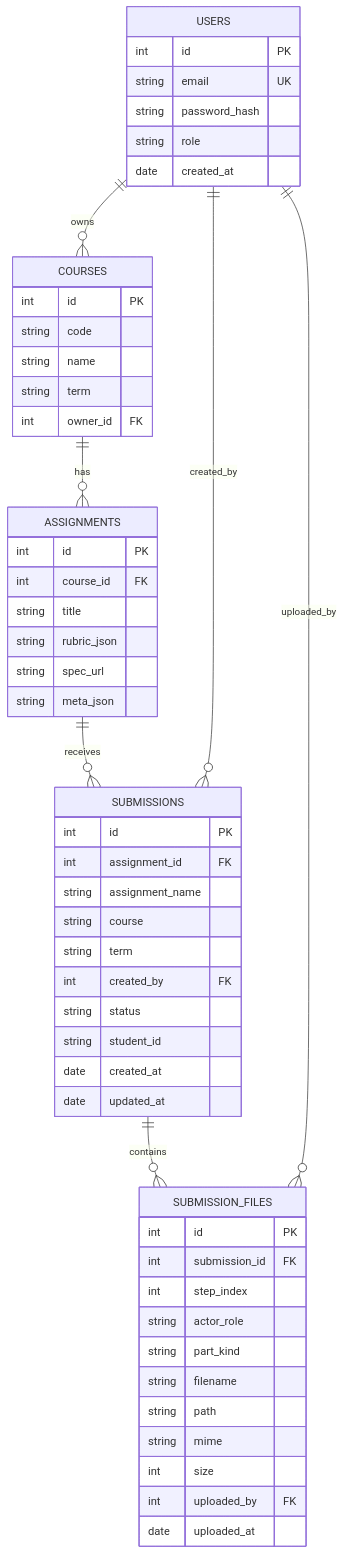
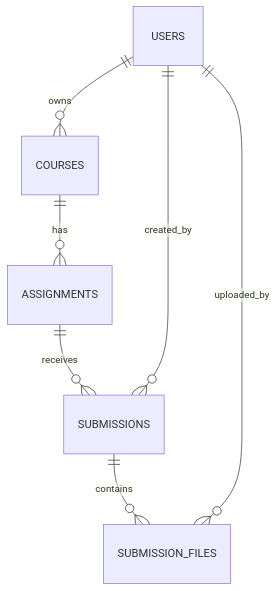
Before and after one commit to unsw-cse-comp99-3900/capstone-project-25t3-9900-h18f-cake: the diagram in backend/README.md, drawn with Mermaid. The commit also changed other lines of this file and 3 other files, not shown here.

````diff
--- a/backend/README.md
+++ b/backend/README.md
@@ -19,66 +96,9 @@
 ```mermaid
 erDiagram
   USERS ||--o{ COURSES : owns
   COURSES ||--o{ ASSIGNMENTS : has
   ASSIGNMENTS ||--o{ SUBMISSIONS : receives
   SUBMISSIONS ||--o{ SUBMISSION_FILES : contains
   USERS ||--o{ SUBMISSIONS : created_by
   USERS ||--o{ SUBMISSION_FILES : uploaded_by
-
-  USERS {
-    int id PK
-    string email UK
-    string password_hash
-    string role
-    date created_at
-  }
-
-  COURSES {
-    int id PK
-    string code
-    string name
-    string term
-    int owner_id FK
-  }
-
-  ASSIGNMENTS {
-    int id PK
-    int course_id FK
-    string title
-    string rubric_json
-    string spec_url
-    string meta_json
-  }
-
-  SUBMISSIONS {
-    int id PK
-    int assignment_id FK
-    string assignment_name
-    string course
-    string term
-    int created_by FK
-    string status
-    string student_id
-    date created_at
-    date updated_at
-  }
-
-  SUBMISSION_FILES {
-    int id PK
-    int submission_id FK
-    int step_index
-    string actor_role
-    string part_kind
-    string filename
-    string path
-    string mime
-    int size
-    int uploaded_by FK
-    date uploaded_at
-  }
-
-  %% Notes:
-  %% - status: DRAFT | WAIT_COORDINATOR | WAIT_TUTOR | READY_FOR_REVIEW | COMPLETED
-  %% - actor_role: COORDINATOR | TUTOR
-  %% - part_kind: ASSIGNMENT | SCORE
 ```
````
